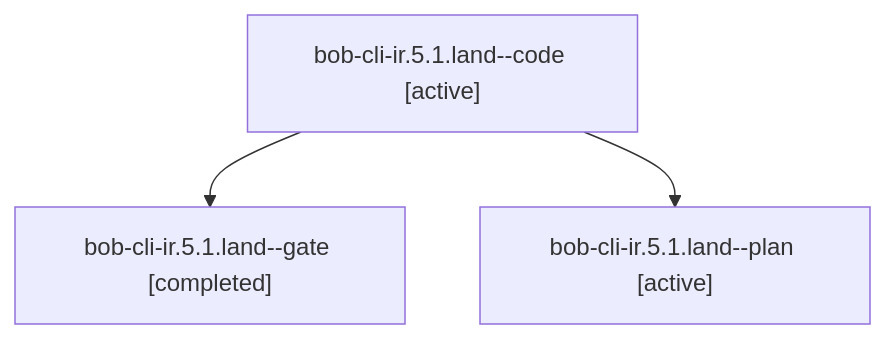
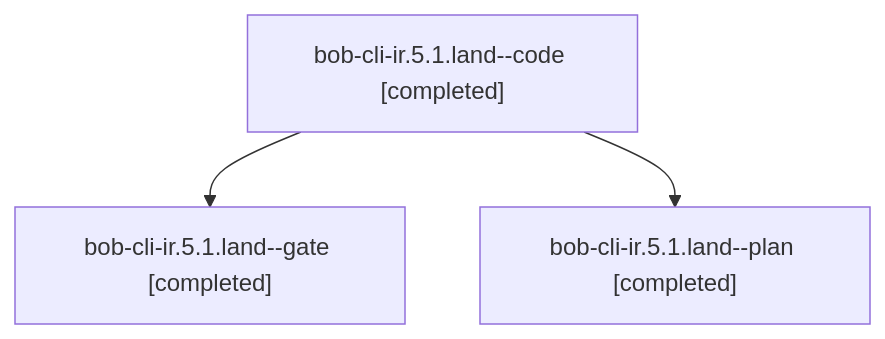
Before and after one commit to bobs-org/bob-cli--agents: the diagram in sessions/bbugyi200.athena.bob-cli-ir.5.1.land.md, drawn with Mermaid. The commit also changed other lines of this file and 53 other files, not shown here.

````diff
--- a/sessions/bbugyi200.athena.bob-cli-ir.5.1.land.md
+++ b/sessions/bbugyi200.athena.bob-cli-ir.5.1.land.md
@@ -9,8 +9,8 @@
 ```mermaid
 flowchart TD
-  n0["bob-cli-ir.5.1.land--code [active]"]
+  n0["bob-cli-ir.5.1.land--code [completed]"]
   n1["bob-cli-ir.5.1.land--gate [completed]"]
   n0 --> n1
-  n2["bob-cli-ir.5.1.land--plan [active]"]
+  n2["bob-cli-ir.5.1.land--plan [completed]"]
   n0 --> n2
 ```
````
